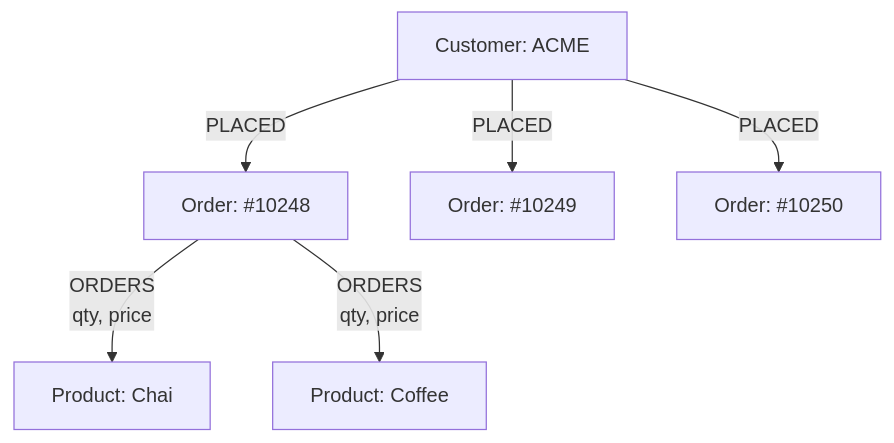
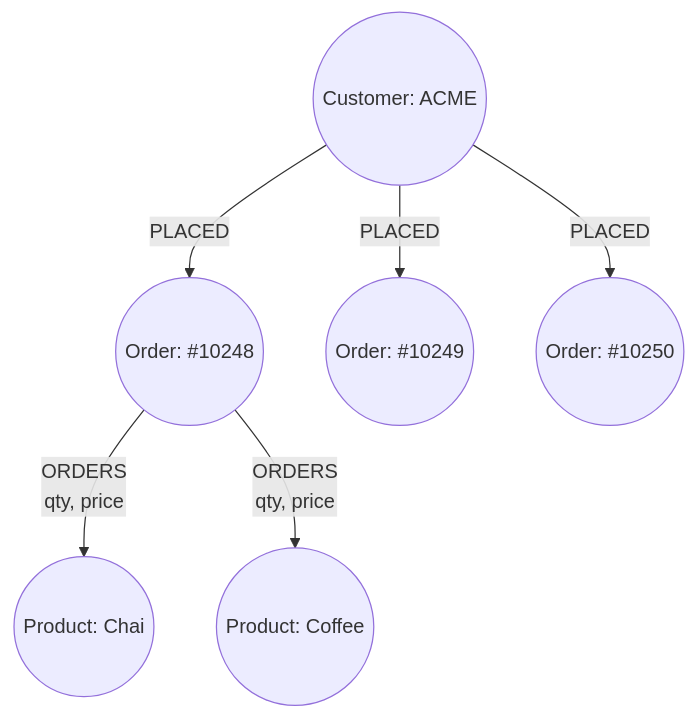
Before and after one commit to neo4j-graphacademy/courses: the second of 5 diagrams in asciidoc/courses/workshop-importing/modules/2-data-modeling/lessons/4-relationships/lesson.adoc, drawn with Mermaid. The commit also changed other lines of this file and 15 other files, not shown here.

````diff
--- a/asciidoc/courses/workshop-importing/modules/2-data-modeling/lessons/4-relationships/lesson.adoc
+++ b/asciidoc/courses/workshop-importing/modules/2-data-modeling/lessons/4-relationships/lesson.adoc
@@ -146,9 +146,9 @@
 ```mermaid
 graph TB
-    A[Customer: ACME] -->|PLACED| B[Order: #10248]
-    A -->|PLACED| C[Order: #10249]
-    A -->|PLACED| D[Order: #10250]
+    A((Customer: ACME)) -->|PLACED| B((Order: #10248))
+    A -->|PLACED| C((Order: #10249))
+    A -->|PLACED| D((Order: #10250))
 
-    B -->|ORDERS<br/>qty, price| E[Product: Chai]
-    B -->|ORDERS<br/>qty, price| F[Product: Coffee]
+    B -->|ORDERS<br/>qty, price| E((Product: Chai))
+    B -->|ORDERS<br/>qty, price| F((Product: Coffee))
 ```
````
